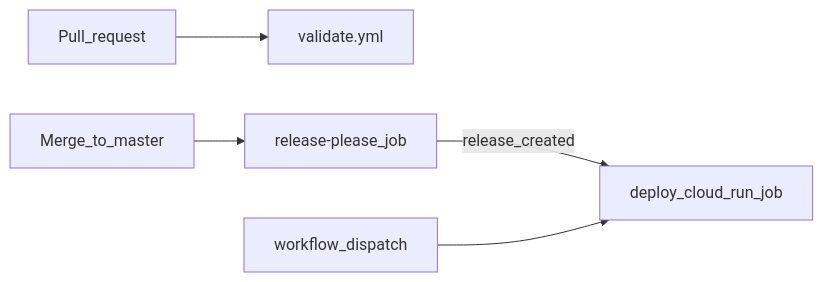
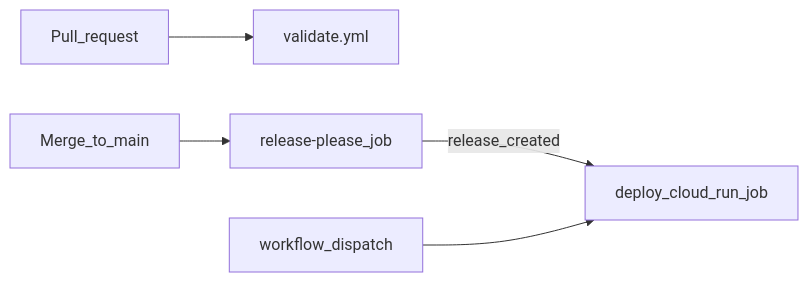
One commit to followrabbit-ai/dbt-rabbit-samples changed the diagram in README.md. Above: the diagram before and after it, drawn with Mermaid. The commit also changed other lines of this file and 2 other files, not shown here.

First line of the commit message:
chore: target main branch in CI workflows and README

````diff
--- a/README.md
+++ b/README.md
@@ -117,7 +117,7 @@
 ```mermaid
 flowchart LR
   PR[Pull_request] --> Validate[validate.yml]
-  Merge[Merge_to_master] --> ReleasePlease[release-please_job]
+  Merge[Merge_to_main] --> ReleasePlease[release-please_job]
   ReleasePlease -->|release_created| Deploy[deploy_cloud_run_job]
   Manual[workflow_dispatch] --> Deploy
 ```
````
